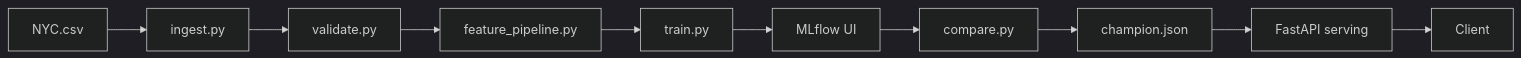
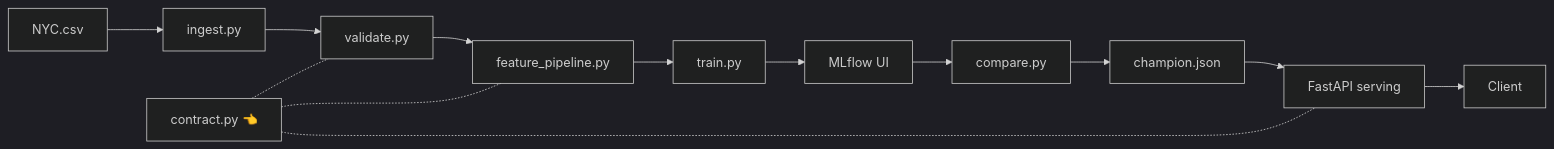
The diagram in README.md (sharma-nidhi/nyc-ride-eta-pipeline), drawn with Mermaid (dark theme) before and after one commit. The commit also changed other lines of this file and 22 other files, not shown here.

````diff
--- a/README.md
+++ b/README.md
@@ -129,12 +232,15 @@
 ```mermaid
 graph LR
     raw["NYC.csv"] --> inject
     inject["ingest.py"] --> valid
     valid["validate.py"] --> fp
     fp["feature_pipeline.py"] --> train
     train["train.py"] --> mlflow
     mlflow["MLflow UI"] --> compare
     compare["compare.py"] --> registry
     registry["champion.json"] --> api
+    contract["contract.py 👈"] -.- valid
+    contract -.- fp
+    contract -.- api
     api["FastAPI serving"] --> user["Client"]
 ```
````
